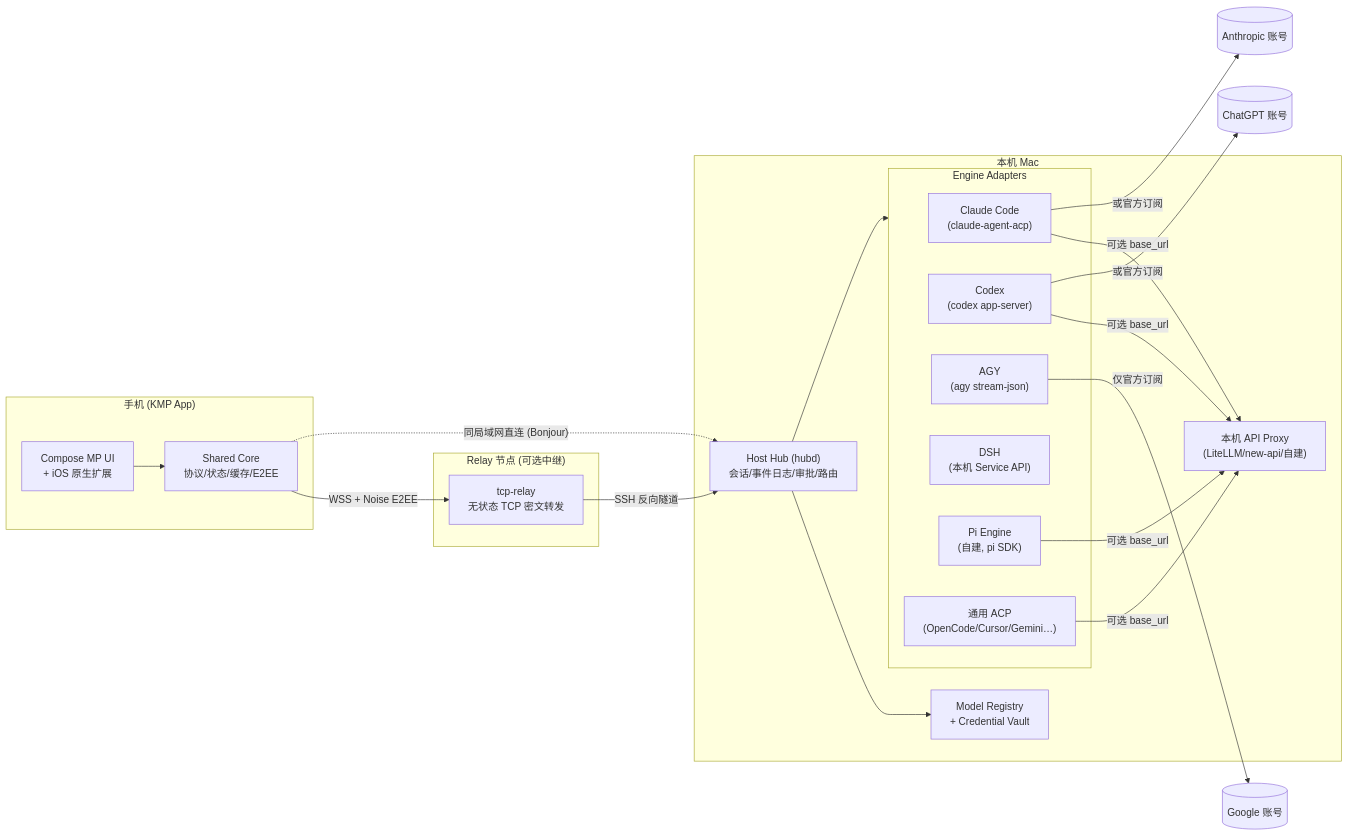
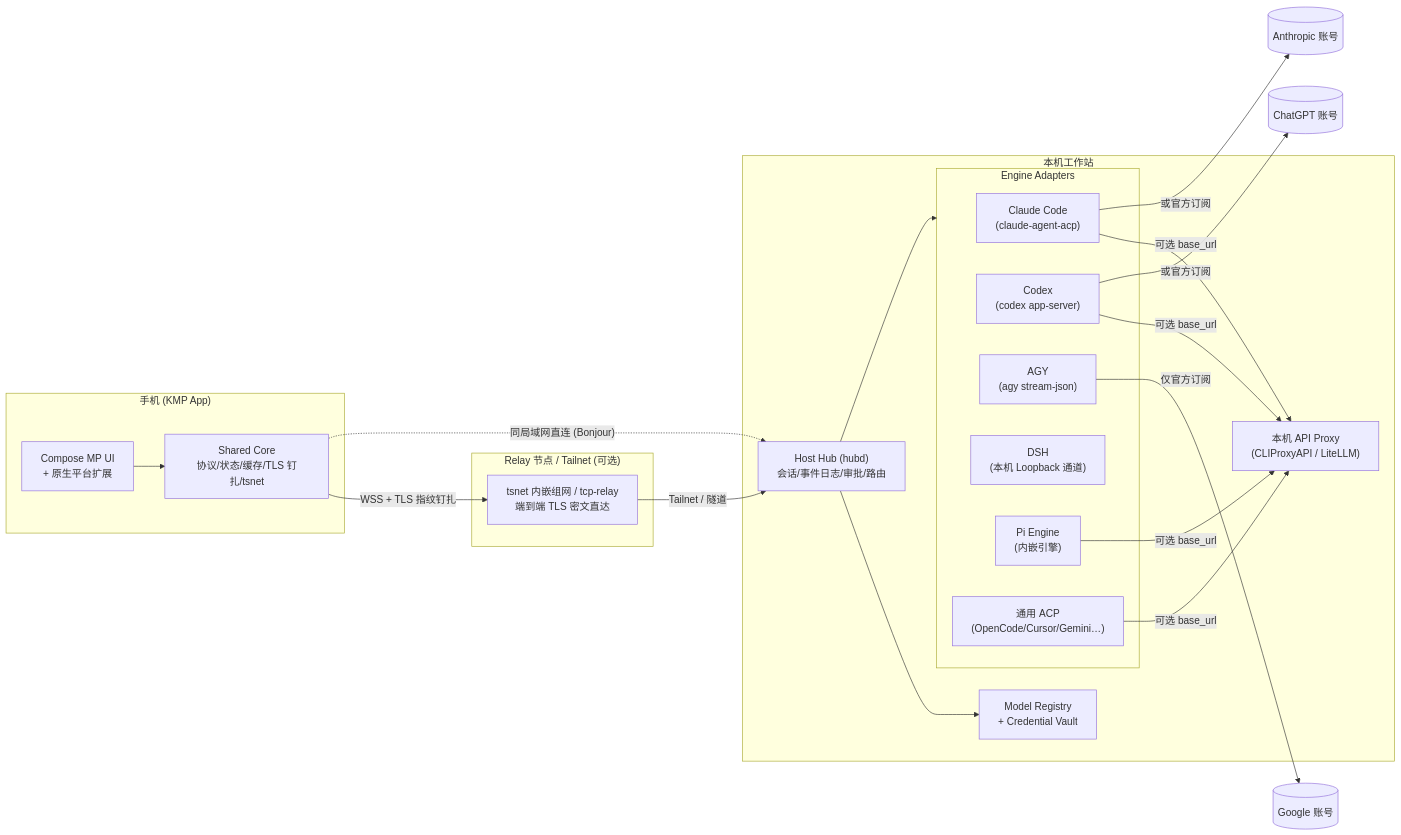
Before and after one commit to letrahoo/lework: the first of 6 diagrams in docs/PLAN.md, drawn with Mermaid. The commit also changed other lines of this file and 52 other files, not shown here.

````diff
--- a/docs/PLAN.md
+++ b/docs/PLAN.md
@@ -54,36 +54,36 @@
 ```mermaid
 flowchart LR
     subgraph Phone["手机 (KMP App)"]
-        UI["Compose MP UI<br/>+ iOS 原生扩展"]
-        Core["Shared Core<br/>协议/状态/缓存/E2EE"]
+        UI["Compose MP UI<br/>+ 原生平台扩展"]
+        Core["Shared Core<br/>协议/状态/缓存/TLS 钉扎/tsnet"]
     end
 
-    subgraph RelayNode["Relay 节点 (可选中继)"]
-        Gate["tcp-relay<br/>无状态 TCP 密文转发"]
+    subgraph RelayNode["Relay 节点 / Tailnet (可选)"]
+        Gate["tsnet 内嵌组网 / tcp-relay<br/>端到端 TLS 密文直达"]
     end
 
-    subgraph Mac["本机 Mac"]
+    subgraph Mac["本机工作站"]
         Hub["Host Hub (hubd)<br/>会话/事件日志/审批/路由"]
         Reg["Model Registry<br/>+ Credential Vault"]
         subgraph Engines["Engine Adapters"]
             A1["Claude Code<br/>(claude-agent-acp)"]
             A2["Codex<br/>(codex app-server)"]
             A3["AGY<br/>(agy stream-json)"]
-            A4["DSH<br/>(本机 Service API)"]
-            A5["Pi Engine<br/>(自建, pi SDK)"]
+            A4["DSH<br/>(本机 Loopback 通道)"]
+            A5["Pi Engine<br/>(内嵌引擎)"]
             A6["通用 ACP<br/>(OpenCode/Cursor/Gemini…)"]
         end
-        Proxy["本机 API Proxy<br/>(LiteLLM/new-api/自建)"]
+        Proxy["本机 API Proxy<br/>(CLIProxyAPI / LiteLLM)"]
     end
 
     UI --> Core
-    Core -- "WSS + Noise E2EE" --> Gate
-    Gate -- "SSH 反向隧道" --> Hub
+    Core -- "WSS + TLS 指纹钉扎" --> Gate
+    Gate -- "Tailnet / 隧道" --> Hub
     Core -. "同局域网直连 (Bonjour)" .-> Hub
     Hub --> Engines
     Hub --> Reg
     A1 & A2 & A5 & A6 -- "可选 base_url" --> Proxy
     A3 -- "仅官方订阅" --> Cloud1[("Google 账号")]
     A1 -- "或官方订阅" --> Cloud2[("Anthropic 账号")]
     A2 -- "或官方订阅" --> Cloud3[("ChatGPT 账号")]
 ```
````
